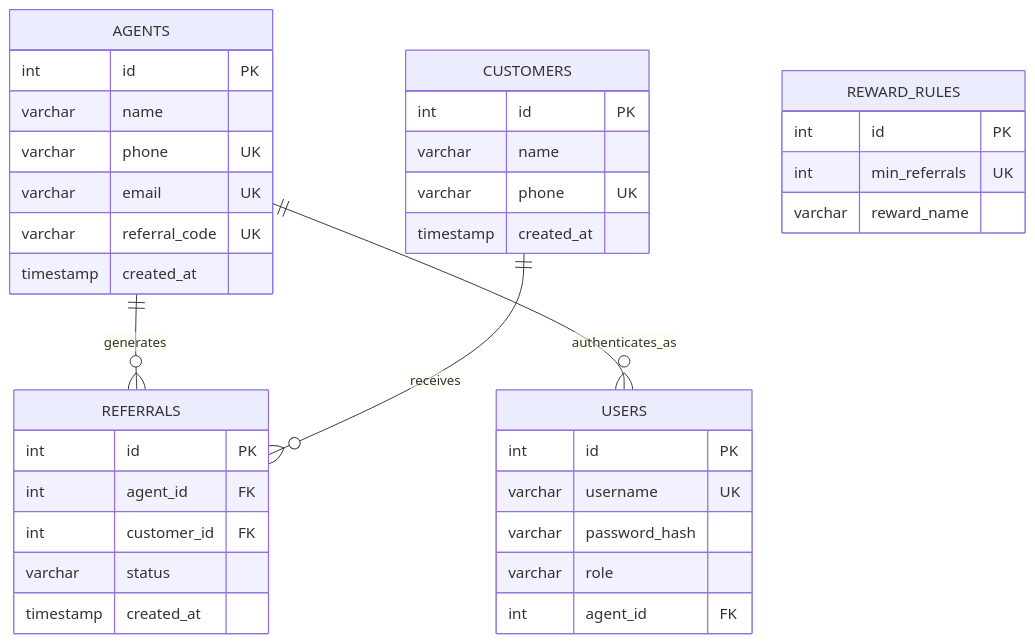
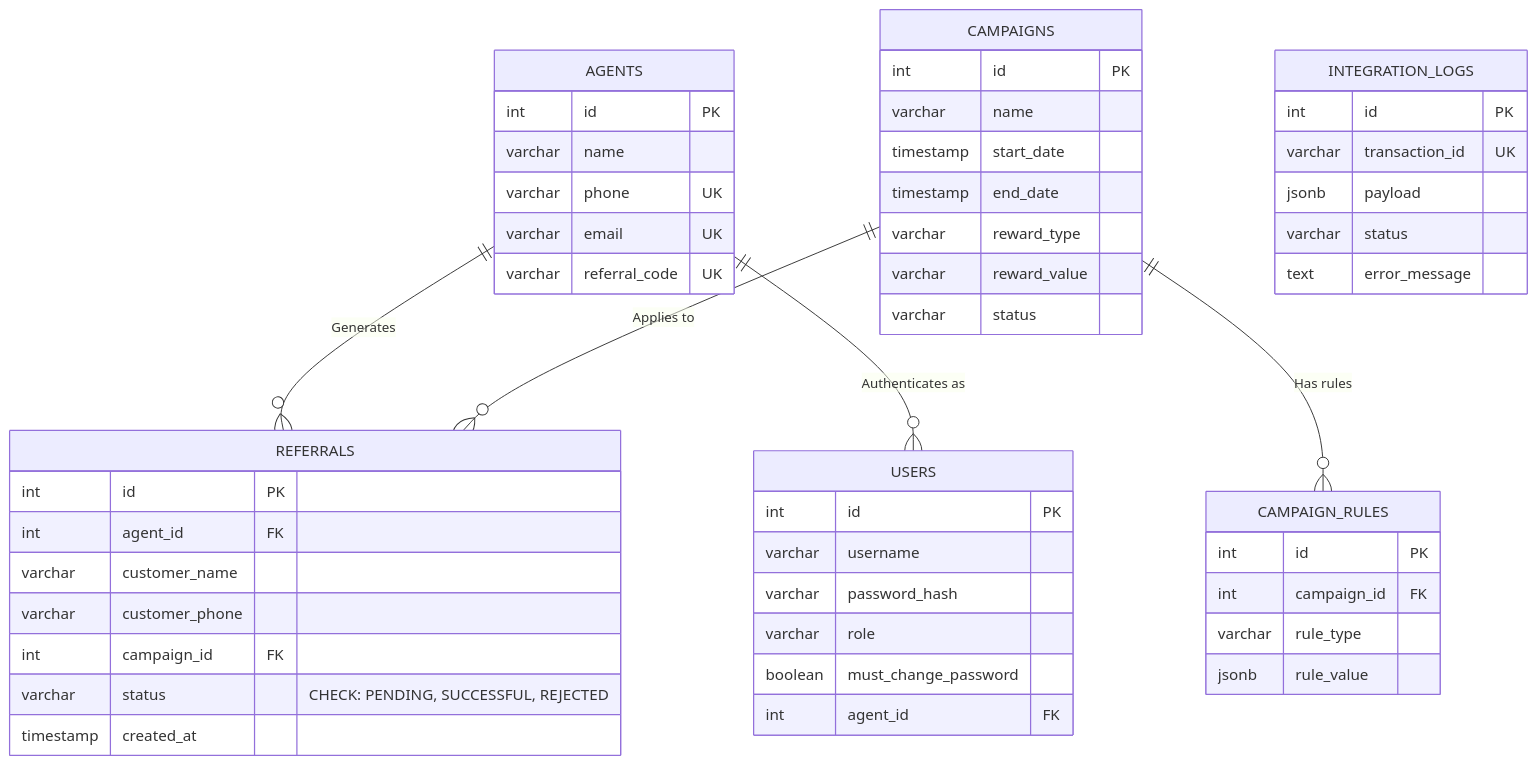
The second of 3 diagrams in README.md (feysal-jeylan/nib-referral-system), drawn with Mermaid before and after one commit. The commit also changed other lines of this file, not shown here.

Commit message:
docs: update README for V2 event-driven architecture

````diff
--- a/README.md
+++ b/README.md
@@ -17,44 +44,59 @@
 ```mermaid
 erDiagram
     USERS {
         int id PK
-        varchar username UK
+        varchar username
         varchar password_hash
         varchar role
+        boolean must_change_password
         int agent_id FK
     }
 
     AGENTS {
         int id PK
         varchar name
         varchar phone UK
         varchar email UK
         varchar referral_code UK
-        timestamp created_at
-    }
-
-    CUSTOMERS {
-        int id PK
-        varchar name
-        varchar phone UK
-        timestamp created_at
     }
 
     REFERRALS {
         int id PK
         int agent_id FK
-        int customer_id FK
-        varchar status
+        varchar customer_name
+        varchar customer_phone
+        int campaign_id FK
+        varchar status "CHECK: PENDING, SUCCESSFUL, REJECTED"
         timestamp created_at
     }
 
-    REWARD_RULES {
+    CAMPAIGNS {
         int id PK
-        int min_referrals UK
-        varchar reward_name
+        varchar name
+        timestamp start_date
+        timestamp end_date
+        varchar reward_type
+        varchar reward_value
+        varchar status
     }
 
-    AGENTS ||--o{ REFERRALS : generates
-    CUSTOMERS ||--o{ REFERRALS : receives
-    AGENTS ||--o{ USERS : authenticates_as
+    CAMPAIGN_RULES {
+        int id PK
+        int campaign_id FK
+        varchar rule_type
+        jsonb rule_value
+    }
+
+    INTEGRATION_LOGS {
+        int id PK
+        varchar transaction_id UK
+        jsonb payload
+        varchar status
+        text error_message
+    }
+
+    AGENTS ||--o{ REFERRALS : "Generates"
+    AGENTS ||--o{ USERS : "Authenticates as"
+    CAMPAIGNS ||--o{ REFERRALS : "Applies to"
+    CAMPAIGNS ||--o{ CAMPAIGN_RULES : "Has rules"
 ```
````
